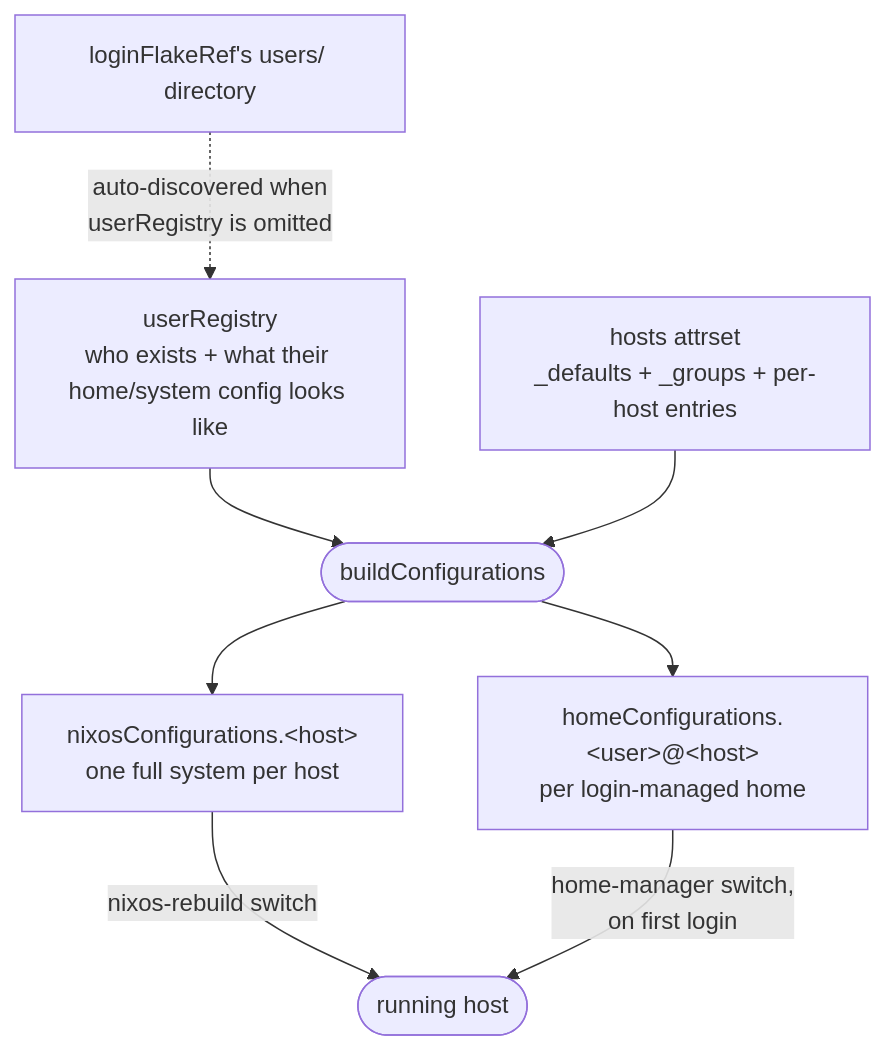
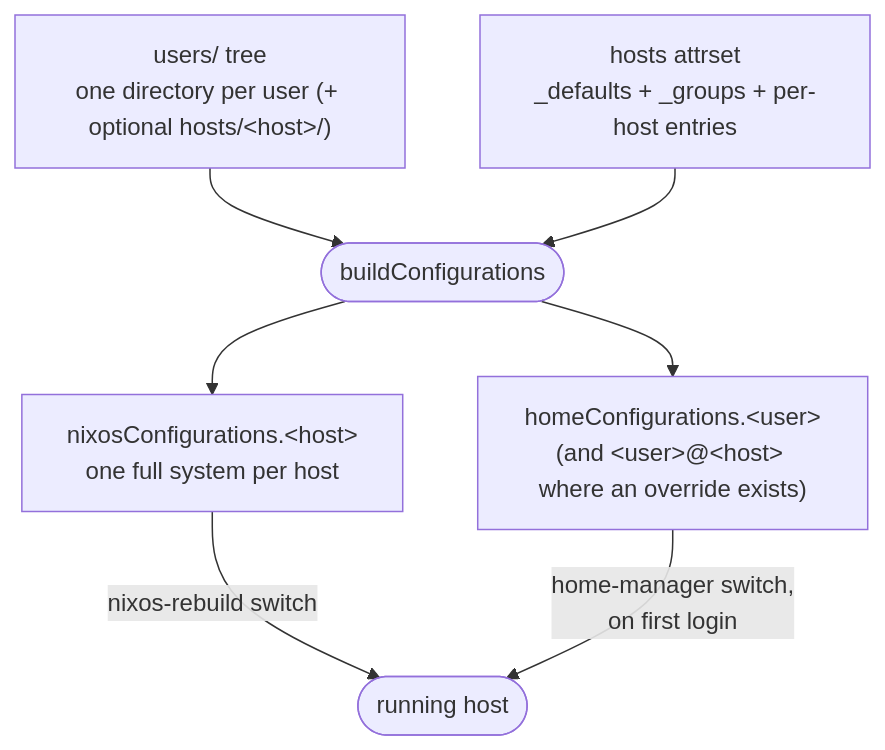
One commit to dvaerum/nixpkgs-lib-extensions changed the first of 3 diagrams in docs/getting-started.md. Above: the diagram before and after it, drawn with Mermaid. The commit also changed other lines of this file and 42 other files, not shown here.

First line of the commit message:
users: the users/ tree becomes the only way to declare users

````diff
--- a/docs/getting-started.md
+++ b/docs/getting-started.md
@@ -27,18 +27,16 @@
 ```mermaid
 flowchart TD
-    Auto["loginFlakeRef's users/ directory"]
-    Reg["userRegistry<br/>who exists + what their home/system config looks like"]
+    Tree["users/ tree<br/>one directory per user (+ optional hosts/&lt;host&gt;/)"]
     Hosts["hosts attrset<br/>_defaults + _groups + per-host entries"]
     Build(["buildConfigurations"])
     Nix["nixosConfigurations.&lt;host&gt;<br/>one full system per host"]
-    Home["homeConfigurations.&lt;user&gt;@&lt;host&gt;<br/>per login-managed home"]
+    Home["homeConfigurations.&lt;user&gt;<br/>(and &lt;user&gt;@&lt;host&gt; where an override exists)"]
     Deployed(["running host"])
 
-    Auto -. "auto-discovered when<br/>userRegistry is omitted" .-> Reg
-    Reg --> Build
+    Tree --> Build
     Hosts --> Build
     Build --> Nix
     Build --> Home
     Nix -- "nixos-rebuild switch" --> Deployed
     Home -- "home-manager switch,<br/>on first login" --> Deployed
 ```
````
